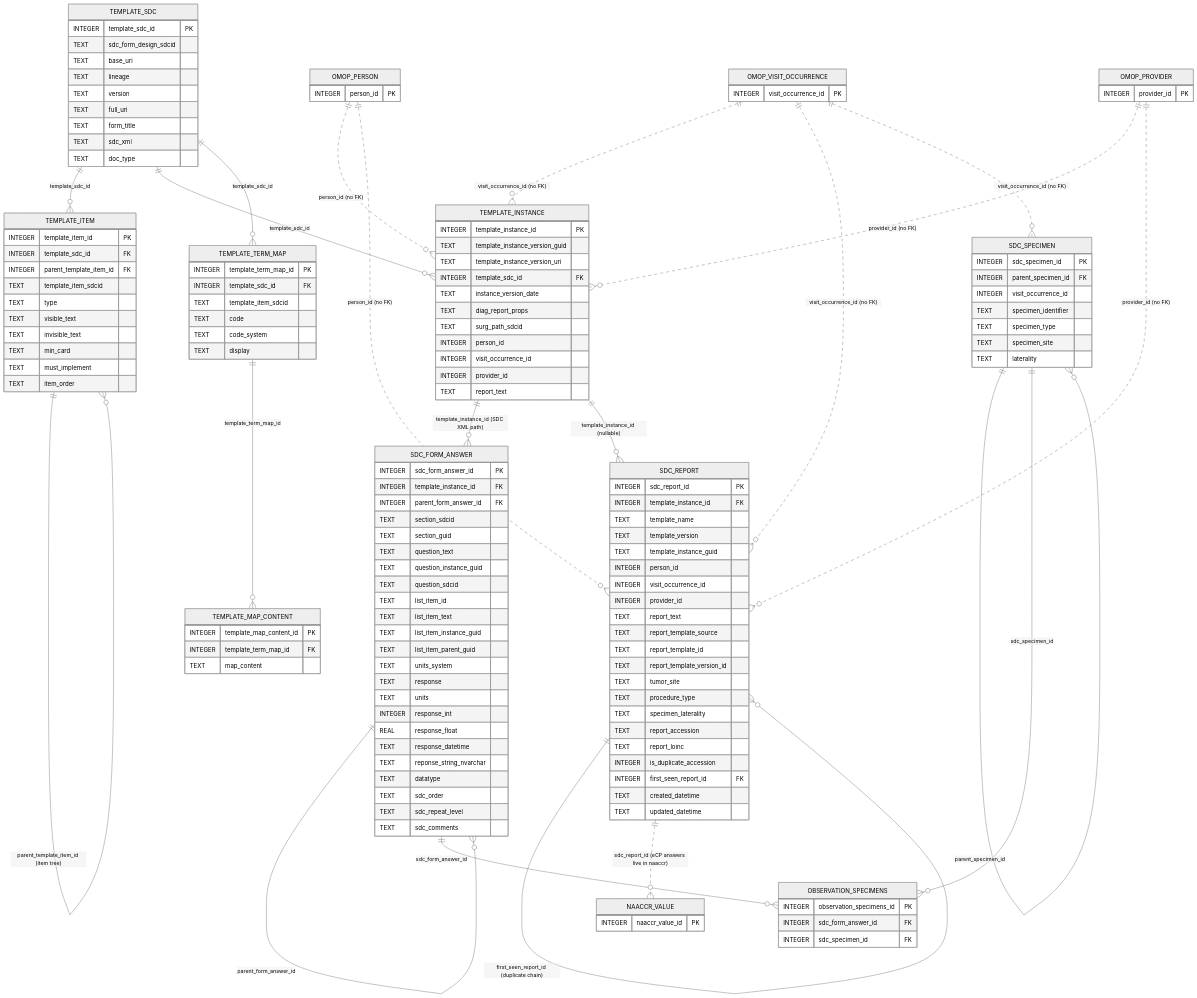
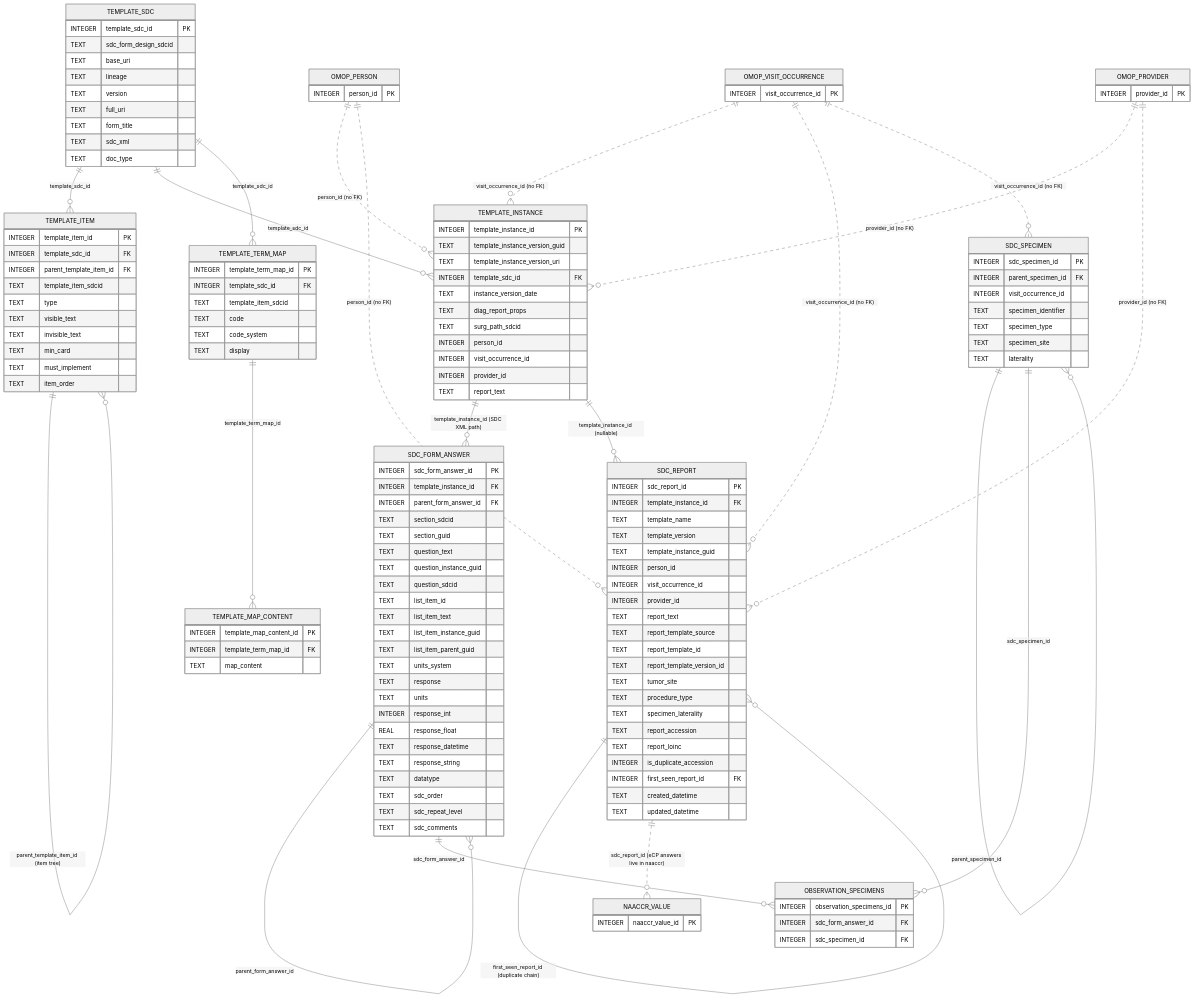
The diagram in diagrams/three-schema/sdc.mmd (IHE-SDC-WG/SDC-CDM), drawn with Mermaid (neutral theme) before and after one commit. The commit also changed 137 other files, not shown here.

```diff
--- a/diagrams/three-schema/sdc.mmd
+++ b/diagrams/three-schema/sdc.mmd
@@ -1,167 +1,169 @@
 erDiagram
   %% Schema: sdc -- IHE Structured Data Capture form structure + report metadata.
   %% Source of truth: database/schemas/sdc/ddl/sqlite/1_sdc_sqlite_ddl.sql
   %% Prose: database/SCHEMA_ARCHITECTURE.md
   %% Line style: solid (--) = enforced FK. Dotted (..) = logical pointer / key join
   %% with no enforced FK. OMOP_* and NAACCR_VALUE are PK-only stubs owned elsewhere.
   %% Two distinct intake paths share this schema:
   %%   SDC XML form path -- template_sdc -> template_instance -> sdc_form_answer
   %%     (answer values stored here).
   %%   eCP / HL7 V2 path -- sdc_report holds the synoptic report header only; its
   %%     answers live in naaccr.naaccr_value, not in sdc_form_answer.
   OMOP_PERSON { INTEGER person_id PK }
   OMOP_VISIT_OCCURRENCE { INTEGER visit_occurrence_id PK }
   OMOP_PROVIDER { INTEGER provider_id PK }
   NAACCR_VALUE { INTEGER naaccr_value_id PK }
 
   %% Form design: the SDC template as authored, plus its raw XML.
   TEMPLATE_SDC {
     INTEGER template_sdc_id PK
     TEXT sdc_form_design_sdcid
     TEXT base_uri
     TEXT lineage
     TEXT version
     TEXT full_uri
     TEXT form_title
     TEXT sdc_xml
     TEXT doc_type
   }
 
   TEMPLATE_ITEM {
     INTEGER template_item_id PK
     INTEGER template_sdc_id FK
     INTEGER parent_template_item_id FK
     TEXT template_item_sdcid
     TEXT type
     TEXT visible_text
     TEXT invisible_text
     TEXT min_card
     TEXT must_implement
     TEXT item_order
   }
 
   TEMPLATE_INSTANCE {
     INTEGER template_instance_id PK
     TEXT template_instance_version_guid
     TEXT template_instance_version_uri
     INTEGER template_sdc_id FK
     TEXT instance_version_date
     TEXT diag_report_props
     TEXT surg_path_sdcid
     INTEGER person_id
     INTEGER visit_occurrence_id
     INTEGER provider_id
     TEXT report_text
   }
 
   %% Synoptic-report header for the eCP / HL7 path (renamed from
   %% sdc_template_instance_ecp). report_loinc is 60568-3. Re-imports of the same
   %% accession are flagged is_duplicate_accession=1 and chained to the original via
   %% first_seen_report_id; the ETL bridge skips those rows.
   SDC_REPORT {
     INTEGER sdc_report_id PK
     INTEGER template_instance_id FK
     TEXT template_name
     TEXT template_version
     TEXT template_instance_guid
     INTEGER person_id
     INTEGER visit_occurrence_id
     INTEGER provider_id
     TEXT report_text
     TEXT report_template_source
     TEXT report_template_id
     TEXT report_template_version_id
     TEXT tumor_site
     TEXT procedure_type
     TEXT specimen_laterality
     TEXT report_accession
     TEXT report_loinc
     INTEGER is_duplicate_accession
     INTEGER first_seen_report_id FK
     TEXT created_datetime
     TEXT updated_datetime
   }
 
-  %% Answer store for the SDC XML path only. Note: reponse_string_nvarchar is
-  %% misspelled in the DDL; the name is reproduced here verbatim on purpose.
+  %% Answer store for the SDC XML path only. `response` holds the raw source
+  %% lexeme for every typed answer; `datatype` names which of response_string /
+  %% response_int / response_float / response_datetime holds the parsed value.
+  %% (`response_string` was `reponse_string_nvarchar` before the Phase 0 rename.)
   SDC_FORM_ANSWER {
     INTEGER sdc_form_answer_id PK
     INTEGER template_instance_id FK
     INTEGER parent_form_answer_id FK
     TEXT section_sdcid
     TEXT section_guid
     TEXT question_text
     TEXT question_instance_guid
     TEXT question_sdcid
     TEXT list_item_id
     TEXT list_item_text
     TEXT list_item_instance_guid
     TEXT list_item_parent_guid
     TEXT units_system
     TEXT response
     TEXT units
     INTEGER response_int
     REAL response_float
     TEXT response_datetime
-    TEXT reponse_string_nvarchar
+    TEXT response_string
     TEXT datatype
     TEXT sdc_order
     TEXT sdc_repeat_level
     TEXT sdc_comments
   }
 
   TEMPLATE_TERM_MAP {
     INTEGER template_term_map_id PK
     INTEGER template_sdc_id FK
     TEXT template_item_sdcid
     TEXT code
     TEXT code_system
     TEXT display
   }
 
   TEMPLATE_MAP_CONTENT {
     INTEGER template_map_content_id PK
     INTEGER template_term_map_id FK
     TEXT map_content
   }
 
   SDC_SPECIMEN {
     INTEGER sdc_specimen_id PK
     INTEGER parent_specimen_id FK
     INTEGER visit_occurrence_id
     TEXT specimen_identifier
     TEXT specimen_type
     TEXT specimen_site
     TEXT laterality
   }
 
   OBSERVATION_SPECIMENS {
     INTEGER observation_specimens_id PK
     INTEGER sdc_form_answer_id FK
     INTEGER sdc_specimen_id FK
   }
 
   %% Relationships
   TEMPLATE_SDC ||--o{ TEMPLATE_ITEM : "template_sdc_id"
   TEMPLATE_ITEM ||--o{ TEMPLATE_ITEM : "parent_template_item_id (item tree)"
   TEMPLATE_SDC ||--o{ TEMPLATE_INSTANCE : "template_sdc_id"
   TEMPLATE_SDC ||--o{ TEMPLATE_TERM_MAP : "template_sdc_id"
   TEMPLATE_TERM_MAP ||--o{ TEMPLATE_MAP_CONTENT : "template_term_map_id"
 
   TEMPLATE_INSTANCE ||--o{ SDC_FORM_ANSWER : "template_instance_id (SDC XML path)"
   SDC_FORM_ANSWER ||--o{ SDC_FORM_ANSWER : "parent_form_answer_id"
   TEMPLATE_INSTANCE ||--o{ SDC_REPORT : "template_instance_id (nullable)"
   SDC_REPORT ||--o{ SDC_REPORT : "first_seen_report_id (duplicate chain)"
 
   SDC_SPECIMEN ||--o{ SDC_SPECIMEN : "parent_specimen_id"
   SDC_FORM_ANSWER ||--o{ OBSERVATION_SPECIMENS : "sdc_form_answer_id"
   SDC_SPECIMEN ||--o{ OBSERVATION_SPECIMENS : "sdc_specimen_id"
 
   SDC_REPORT ||..o{ NAACCR_VALUE : "sdc_report_id (eCP answers live in naaccr)"
   OMOP_PERSON ||..o{ TEMPLATE_INSTANCE : "person_id (no FK)"
   OMOP_PERSON ||..o{ SDC_REPORT : "person_id (no FK)"
   OMOP_VISIT_OCCURRENCE ||..o{ TEMPLATE_INSTANCE : "visit_occurrence_id (no FK)"
   OMOP_VISIT_OCCURRENCE ||..o{ SDC_REPORT : "visit_occurrence_id (no FK)"
   OMOP_VISIT_OCCURRENCE ||..o{ SDC_SPECIMEN : "visit_occurrence_id (no FK)"
   OMOP_PROVIDER ||..o{ TEMPLATE_INSTANCE : "provider_id (no FK)"
   OMOP_PROVIDER ||..o{ SDC_REPORT : "provider_id (no FK)"
```
